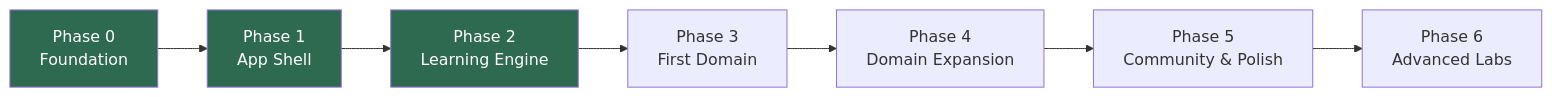
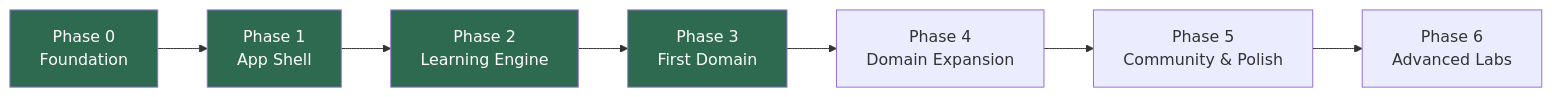
The diagram in ROADMAP.md (ADSACHIN/openlab), drawn with Mermaid before and after one commit. The commit also changed other lines of this file and 41 other files, not shown here.

````diff
--- a/ROADMAP.md
+++ b/ROADMAP.md
@@ -6,12 +6,13 @@
 ```mermaid
 flowchart LR
   P0[Phase 0<br/>Foundation] --> P1[Phase 1<br/>App Shell]
   P1 --> P2[Phase 2<br/>Learning Engine]
   P2 --> P3[Phase 3<br/>First Domain]
   P3 --> P4[Phase 4<br/>Domain Expansion]
   P4 --> P5["Phase 5<br/>Community & Polish"]
   P5 --> P6[Phase 6<br/>Advanced Labs]
   style P0 fill:#2d6a4f,color:#fff
   style P1 fill:#2d6a4f,color:#fff
   style P2 fill:#2d6a4f,color:#fff
+  style P3 fill:#2d6a4f,color:#fff
 ```
````
